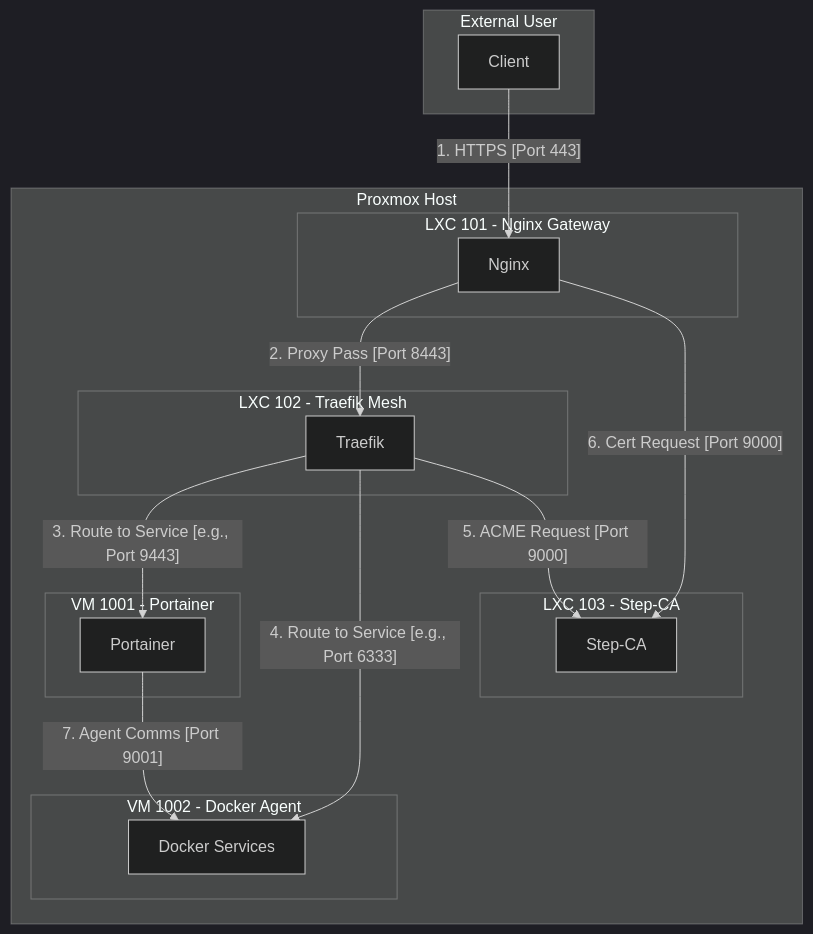
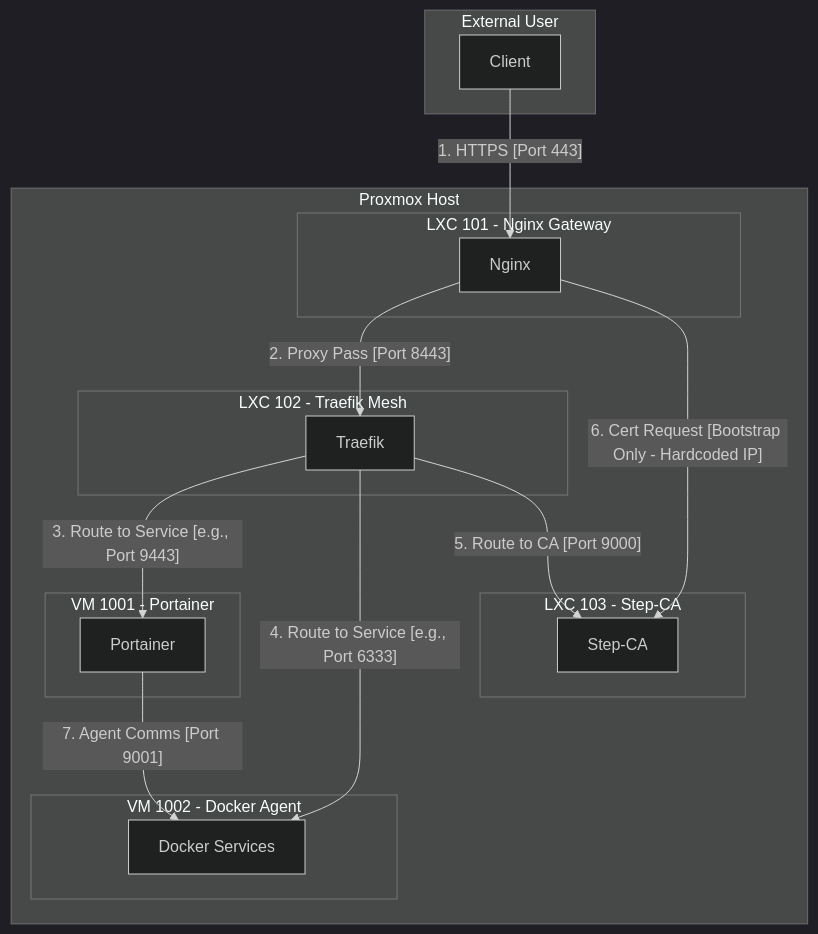
Before and after one commit to SirHeads/Testing-ideas: the second of 3 diagrams in phoenix_infrastructure_review.md, drawn with Mermaid (dark theme). The commit also changed other lines of this file and 57 other files, not shown here.

````diff
--- a/phoenix_infrastructure_review.md
+++ b/phoenix_infrastructure_review.md
@@ -92,34 +93,34 @@
 ```mermaid
 graph TD
     subgraph "External User"
         A[Client]
     end
 
     subgraph "Proxmox Host"
         subgraph "LXC 101 - Nginx Gateway"
             B[Nginx]
         end
         subgraph "LXC 102 - Traefik Mesh"
             C[Traefik]
         end
         subgraph "LXC 103 - Step-CA"
             D[Step-CA]
         end
         subgraph "VM 1001 - Portainer"
             E[Portainer]
         end
         subgraph "VM 1002 - Docker Agent"
             F[Docker Services]
         end
     end
 
     A -- "1. HTTPS [Port 443]" --> B;
     B -- "2. Proxy Pass [Port 8443]" --> C;
     C -- "3. Route to Service [e.g., Port 9443]" --> E;
     C -- "4. Route to Service [e.g., Port 6333]" --> F;
+    C -- "5. Route to CA [Port 9000]" --> D;
 
-    C -- "5. ACME Request [Port 9000]" --> D;
-    B -- "6. Cert Request [Port 9000]" --> D;
+    B -- "6. Cert Request [Bootstrap Only - Hardcoded IP]" --> D;
     
     E -- "7. Agent Comms [Port 9001]" --> F;
 ```
````
